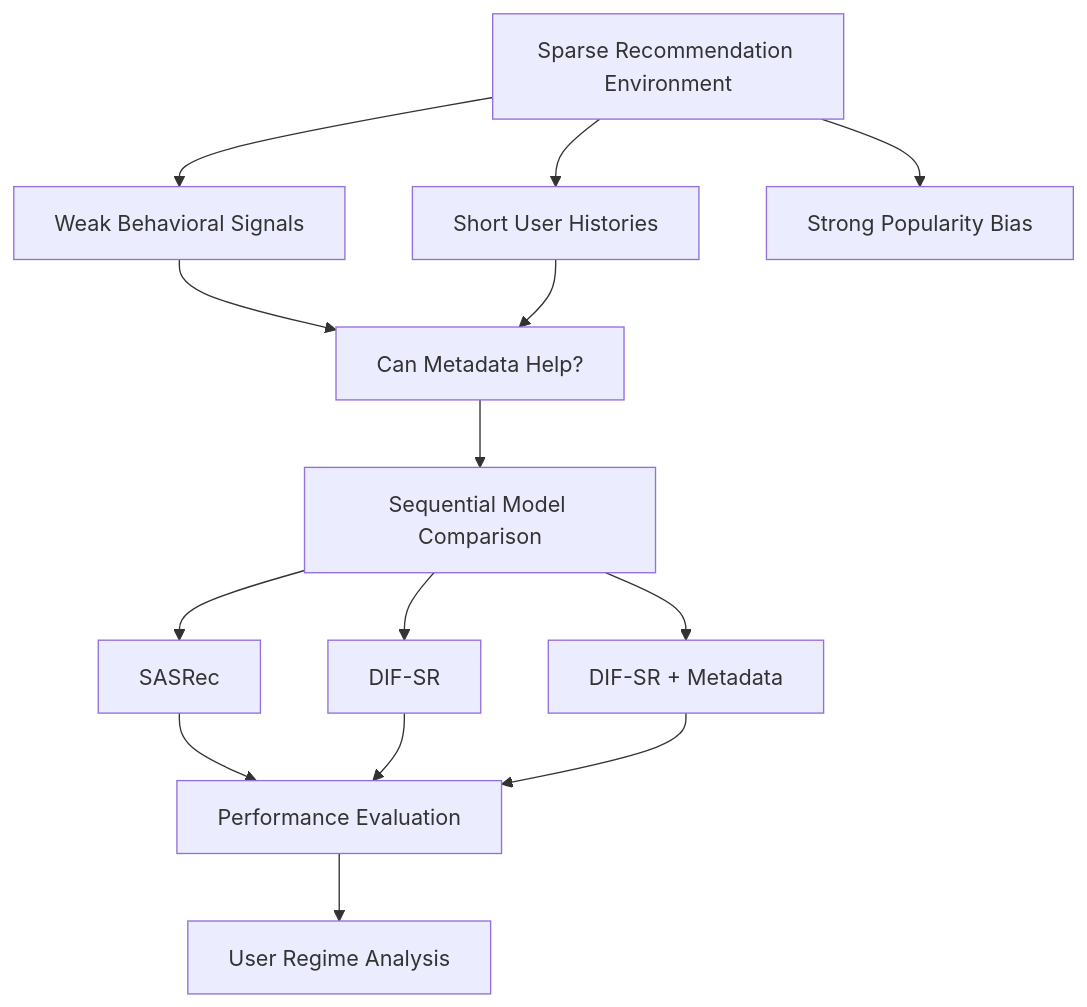
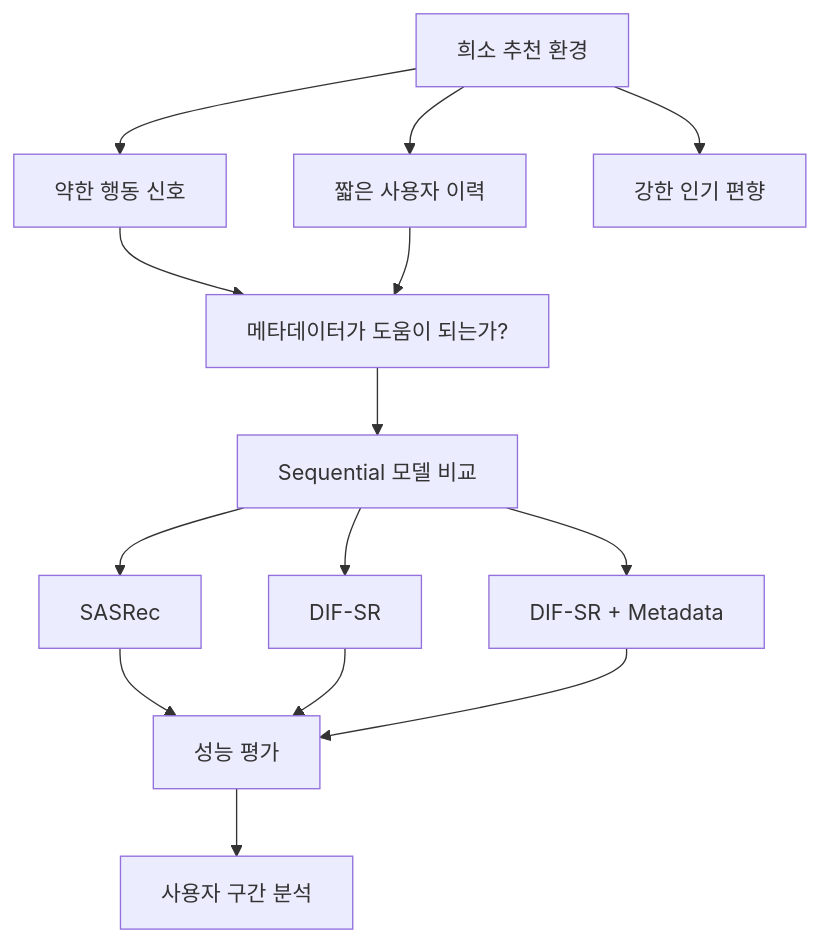
The first of 4 diagrams in README.md (hyeongseok21/sequential-recommendation-under-sparsity), drawn with Mermaid before and after one commit. The commit also changed other lines of this file, not shown here.

````diff
--- a/README.md
+++ b/README.md
@@ -42,24 +42,24 @@
 ```mermaid
 flowchart TD
 
-A["Sparse Recommendation Environment"]
+A["희소 추천 환경"]
 
-A --> B["Weak Behavioral Signals"]
-A --> C["Short User Histories"]
-A --> D["Strong Popularity Bias"]
+A --> B["약한 행동 신호"]
+A --> C["짧은 사용자 이력"]
+A --> D["강한 인기 편향"]
 
-B --> E["Can Metadata Help?"]
+B --> E["메타데이터가 도움이 되는가?"]
 C --> E
 
-E --> F["Sequential Model Comparison"]
+E --> F["Sequential 모델 비교"]
 
 F --> G["SASRec"]
 F --> H["DIF-SR"]
 F --> I["DIF-SR + Metadata"]
 
-G --> J["Performance Evaluation"]
+G --> J["성능 평가"]
 H --> J
 I --> J
 
-J --> K["User Regime Analysis"]
+J --> K["사용자 구간 분석"]
 ```
````
